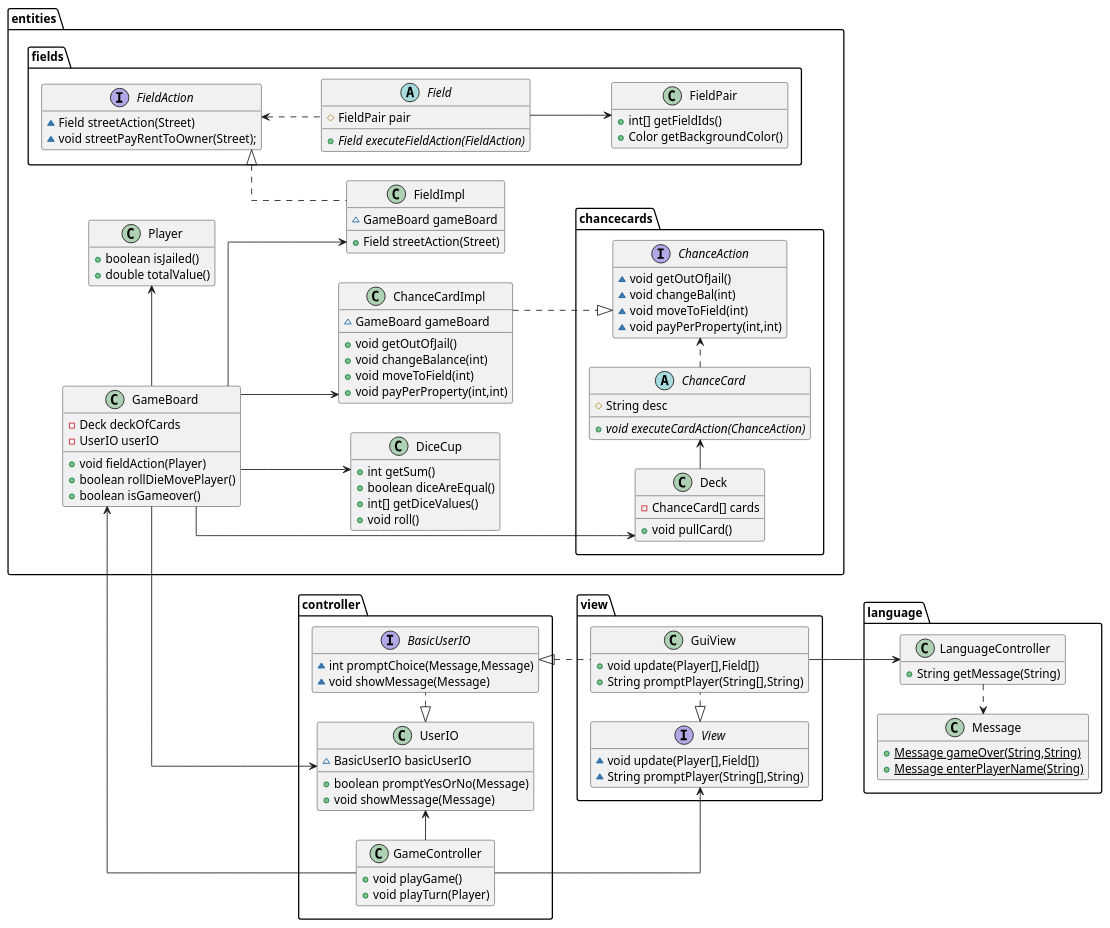
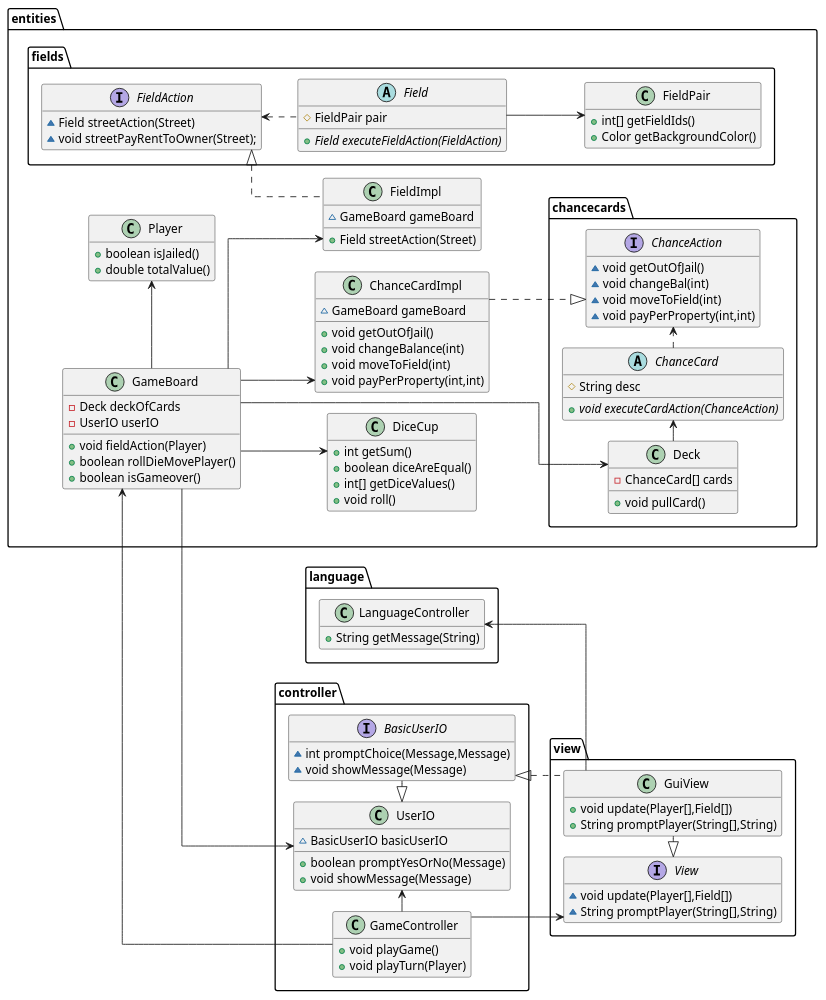
Before and after one commit to xdTobs/_22_del3: the diagram in diagrams/ClassDiagram2.puml, drawn with PlantUML.

Commit message:
Mer diagram.

```diff
--- a/diagrams/ClassDiagram2.puml
+++ b/diagrams/ClassDiagram2.puml
@@ -1,138 +1,136 @@
 @startuml
 hide empty members
 skinparam linetype ortho
 left to right direction
+skinparam nodesep 25
+skinparam ranksep 15
 
 package entities{
     class ChanceCardImpl {
         ~ GameBoard gameBoard
         + void getOutOfJail()
         + void changeBalance(int)
         + void moveToField(int)
         + void payPerProperty(int,int)
     }
     class GameBoard {
         - Deck deckOfCards
         - UserIO userIO
         + void fieldAction(Player)
         + boolean rollDieMovePlayer()
         + boolean isGameover()
     }
 
     class Player {
         + boolean isJailed()
         + double totalValue()
     }
     class DiceCup {
         + int getSum()
         + boolean diceAreEqual()
         + int[] getDiceValues()
         + void roll()
     }
     class FieldImpl {
 	~ GameBoard gameBoard
 	+ Field streetAction(Street)
     }
 
     package chancecards {
         class Deck {
             -ChanceCard[] cards
             + void pullCard()
         }
         interface ChanceAction {
             ~ void getOutOfJail()
             ~ void changeBal(int)
             ~ void moveToField(int)
             ~ void payPerProperty(int,int)
         }
         abstract class ChanceCard {
             # String desc
             + {abstract}void executeCardAction(ChanceAction)
         }
     }
     package fields {
          abstract class Field {
             # FieldPair pair
             + {abstract}Field executeFieldAction(FieldAction)
         }
         class FieldPair {
             + int[] getFieldIds()
             + Color getBackgroundColor()
         }
 
         interface FieldAction {
             ~ Field streetAction(Street)
             ~ void streetPayRentToOwner(Street);
         }
     }
 }
 
 
 package language{
     class LanguageController {
         + String getMessage(String)
     }
-    class Message {
-    + {static} Message gameOver(String,String)
-    + {static} Message enterPlayerName(String)
-    }
 }
 
 package controller {
     class UserIO {
         ~ BasicUserIO basicUserIO
         + boolean promptYesOrNo(Message)
         + void showMessage(Message)
     }
 
     interface BasicUserIO {
         ~ int promptChoice(Message,Message)
         ~ void showMessage(Message)
     }
 
     class GameController {
         + void playGame()
         + void playTurn(Player)
     }
 }
 package view{
     class GuiView {
         + void update(Player[],Field[])
         + String promptPlayer(String[],String)
     }
 
     interface View {
         ~ void update(Player[],Field[])
         ~ String promptPlayer(String[],String)
     }
 }
 
 
 GameBoard <-- GameController
 
 
 GameBoard --> ChanceCardImpl
 GameBoard --> FieldImpl
 
 Player -up[hidden]-> FieldImpl
 
 GameBoard -left-> Player
 GameBoard --> DiceCup
 GameBoard --> UserIO
 
 GameBoard -[norank]-> Deck
-GuiView --> LanguageController
-LanguageController .[norank].> Message
+GuiView -[norank]-> LanguageController
+Deck -[hidden]up-> LanguageController
 ChanceCardImpl ..|>ChanceAction
 FieldAction <|.. FieldImpl
-View <|.right. GuiView
+View <|.left. GuiView
 BasicUserIO <|.down. GuiView
 UserIO <|.right. BasicUserIO
-GameController -[norank]-> View
-GameController -> UserIO
+GameController --> View
+GameController -left> UserIO
 FieldAction <..Field
 FieldPair <-up-Field
 Deck  -right-> ChanceCard
 ChanceAction <.left.ChanceCard
 
 @enduml
```
